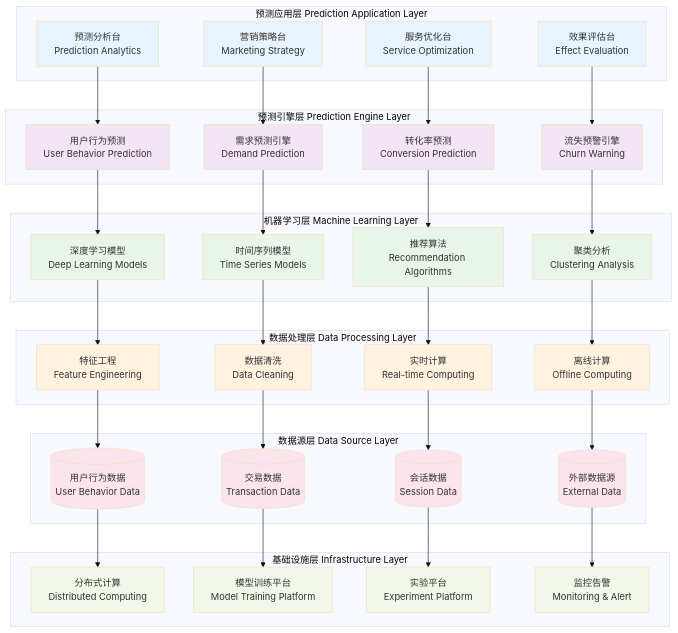
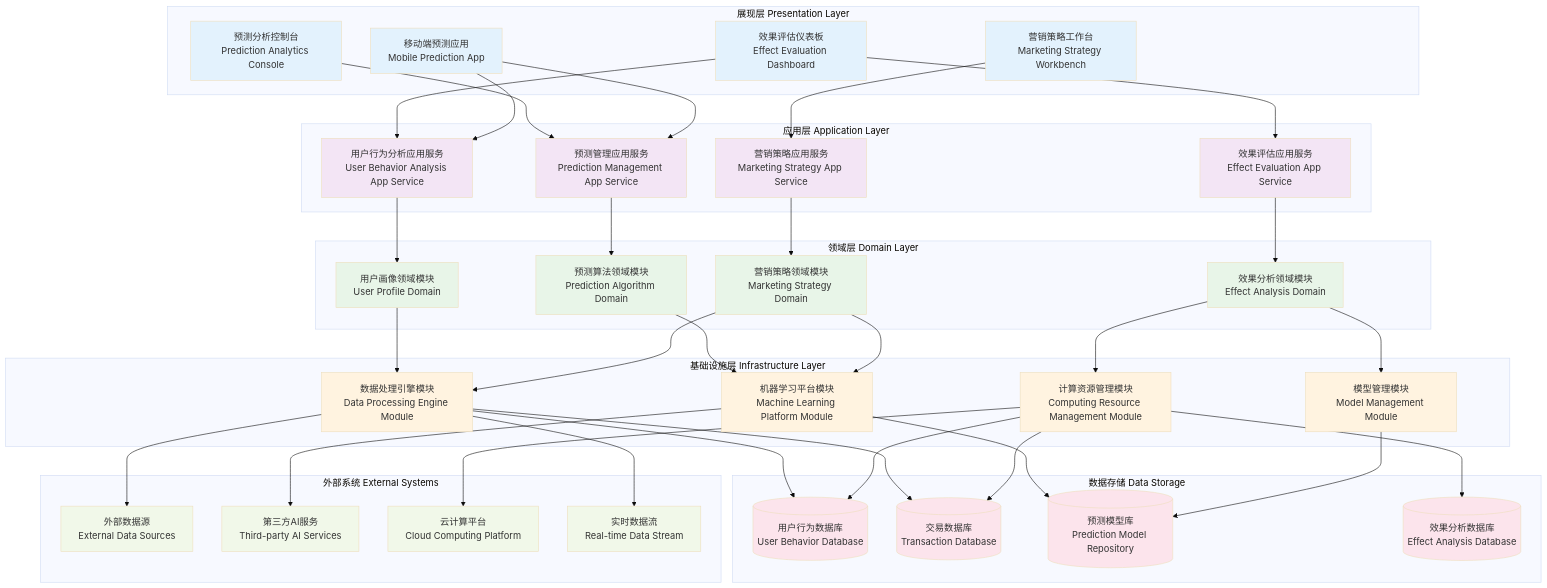
The diagram in 24.2.6_service_marketing_prediction_architecture.md (xsl625/-), drawn with Mermaid (base theme) before and after one commit. The commit also changed other lines of this file and 6 other files, not shown here.

Commit message:
Refactor architecture diagrams with modular layered design approach

````diff
--- a/24.2.6_service_marketing_prediction_architecture.md
+++ b/24.2.6_service_marketing_prediction_architecture.md
@@ -8,94 +8,107 @@
 ```mermaid
 graph TB
-    subgraph "预测应用层 Prediction Application Layer"
-        A[预测分析台<br/>Prediction Analytics]
-        B[营销策略台<br/>Marketing Strategy]
-        C[服务优化台<br/>Service Optimization]
-        D[效果评估台<br/>Effect Evaluation]
+    subgraph "展现层 Presentation Layer"
+        A[预测分析控制台<br/>Prediction Analytics Console]
+        B[营销策略工作台<br/>Marketing Strategy Workbench]
+        C[效果评估仪表板<br/>Effect Evaluation Dashboard]
+        D[移动端预测应用<br/>Mobile Prediction App]
     end
     
-    subgraph "预测引擎层 Prediction Engine Layer"
-        E[用户行为预测<br/>User Behavior Prediction]
-        F[需求预测引擎<br/>Demand Prediction]
-        G[转化率预测<br/>Conversion Prediction]
-        H[流失预警引擎<br/>Churn Warning]
+    subgraph "应用层 Application Layer"
+        E[预测管理应用服务<br/>Prediction Management App Service]
+        F[营销策略应用服务<br/>Marketing Strategy App Service]
+        G[用户行为分析应用服务<br/>User Behavior Analysis App Service]
+        H[效果评估应用服务<br/>Effect Evaluation App Service]
     end
     
-    subgraph "机器学习层 Machine Learning Layer"
-        I[深度学习模型<br/>Deep Learning Models]
-        J[时间序列模型<br/>Time Series Models]
-        K[推荐算法<br/>Recommendation Algorithms]
-        L[聚类分析<br/>Clustering Analysis]
-    end
-    
-    subgraph "数据处理层 Data Processing Layer"
-        M[特征工程<br/>Feature Engineering]
-        N[数据清洗<br/>Data Cleaning]
-        O[实时计算<br/>Real-time Computing]
-        P[离线计算<br/>Offline Computing]
-    end
-    
-    subgraph "数据源层 Data Source Layer"
-        Q[(用户行为数据<br/>User Behavior Data)]
-        R[(交易数据<br/>Transaction Data)]
-        S[(会话数据<br/>Session Data)]
-        T[(外部数据源<br/>External Data)]
+    subgraph "领域层 Domain Layer"
+        I[预测算法领域模块<br/>Prediction Algorithm Domain]
+        J[用户画像领域模块<br/>User Profile Domain]
+        K[营销策略领域模块<br/>Marketing Strategy Domain]
+        L[效果分析领域模块<br/>Effect Analysis Domain]
     end
     
     subgraph "基础设施层 Infrastructure Layer"
-        U[分布式计算<br/>Distributed Computing]
-        V[模型训练平台<br/>Model Training Platform]
-        W[实验平台<br/>Experiment Platform]
-        X[监控告警<br/>Monitoring & Alert]
+        M[机器学习平台模块<br/>Machine Learning Platform Module]
+        N[数据处理引擎模块<br/>Data Processing Engine Module]
+        O[模型管理模块<br/>Model Management Module]
+        P[计算资源管理模块<br/>Computing Resource Management Module]
     end
     
+    subgraph "数据存储 Data Storage"
+        Q[(用户行为数据库<br/>User Behavior Database)]
+        R[(交易数据库<br/>Transaction Database)]
+        S[(预测模型库<br/>Prediction Model Repository)]
+        T[(效果分析数据库<br/>Effect Analysis Database)]
+    end
+    
+    subgraph "外部系统 External Systems"
+        U[外部数据源<br/>External Data Sources]
+        V[第三方AI服务<br/>Third-party AI Services]
+        W[云计算平台<br/>Cloud Computing Platform]
+        X[实时数据流<br/>Real-time Data Stream]
+    end
+    
+    %% 展现层到应用层
     A --> E
     B --> F
     C --> G
-    D --> H
+    C --> H
+    D --> E
+    D --> G
     
+    %% 应用层到领域层
     E --> I
-    F --> J
-    G --> K
+    F --> K
+    G --> J
     H --> L
     
+    %% 领域层到基础设施层
     I --> M
     J --> N
-    K --> O
+    K --> M
+    K --> N
+    L --> O
     L --> P
     
-    M --> Q
+    %% 基础设施层到数据存储
+    M --> S
+    N --> Q
     N --> R
     O --> S
+    P --> Q
+    P --> R
     P --> T
     
-    Q --> U
-    R --> V
-    S --> W
-    T --> X
+    %% 基础设施层到外部系统
+    M --> V
+    N --> U
+    N --> X
+    P --> W
     
-    style A fill:#e8f4fd
-    style B fill:#e8f4fd
-    style C fill:#e8f4fd
-    style D fill:#e8f4fd
-    style E fill:#f3e5f5
-    style F fill:#f3e5f5
-    style G fill:#f3e5f5
-    style H fill:#f3e5f5
-    style I fill:#e8f5e8
-    style J fill:#e8f5e8
-    style K fill:#e8f5e8
-    style L fill:#e8f5e8
-    style M fill:#fff3e0
-    style N fill:#fff3e0
-    style O fill:#fff3e0
-    style P fill:#fff3e0
-    style Q fill:#fce4ec
-    style R fill:#fce4ec
-    style S fill:#fce4ec
-    style T fill:#fce4ec
-    style U fill:#f1f8e9
-    style V fill:#f1f8e9
-    style W fill:#f1f8e9
-    style X fill:#f1f8e9
+    %% 样式定义
+    style A fill:#E3F2FD
+    style B fill:#E3F2FD
+    style C fill:#E3F2FD
+    style D fill:#E3F2FD
+    style E fill:#F3E5F5
+    style F fill:#F3E5F5
+    style G fill:#F3E5F5
+    style H fill:#F3E5F5
+    style I fill:#E8F5E8
+    style J fill:#E8F5E8
+    style K fill:#E8F5E8
+    style L fill:#E8F5E8
+    style M fill:#FFF3E0
+    style N fill:#FFF3E0
+    style O fill:#FFF3E0
+    style P fill:#FFF3E0
+    style Q fill:#FCE4EC
+    style R fill:#FCE4EC
+    style S fill:#FCE4EC
+    style T fill:#FCE4EC
+    style U fill:#F1F8E9
+    style V fill:#F1F8E9
+    style W fill:#F1F8E9
+    style X fill:#F1F8E9
 ```
````
